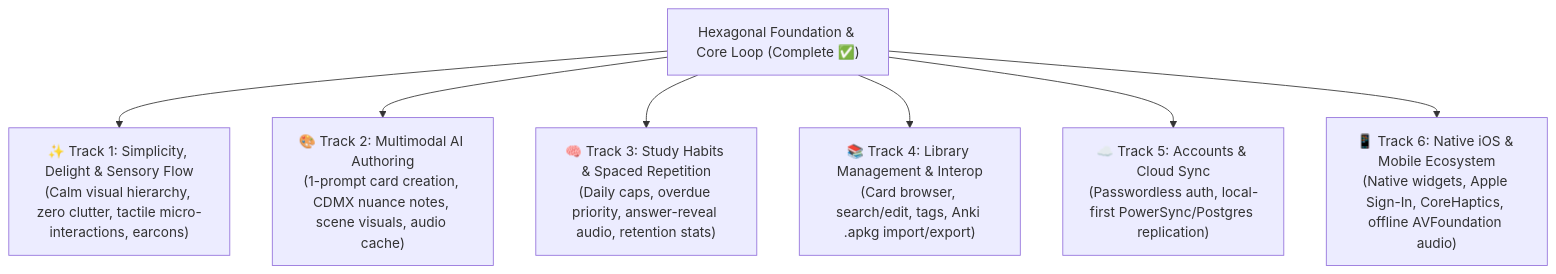
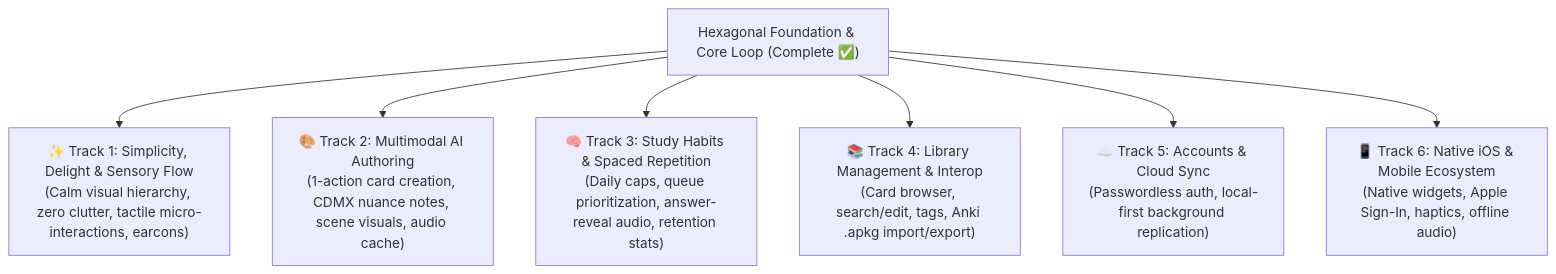
One commit to smolkaj/jolito changed the diagram in docs/ROADMAP.md. Above: the diagram before and after it, drawn with Mermaid. The commit also changed other lines of this file, not shown here.

Commit message:
Clarify roadmap interpretation and outcome-oriented goal framing

````diff
--- a/docs/ROADMAP.md
+++ b/docs/ROADMAP.md
@@ -7,11 +7,11 @@
 ```mermaid
 flowchart TD
     Foundation["Hexagonal Foundation & Core Loop (Complete ✅)"]
 
     Foundation --> Track1["✨ Track 1: Simplicity, Delight & Sensory Flow<br/>(Calm visual hierarchy, zero clutter, tactile micro-interactions, earcons)"]
-    Foundation --> Track2["🎨 Track 2: Multimodal AI Authoring<br/>(1-prompt card creation, CDMX nuance notes, scene visuals, audio cache)"]
-    Foundation --> Track3["🧠 Track 3: Study Habits & Spaced Repetition<br/>(Daily caps, overdue priority, answer-reveal audio, retention stats)"]
+    Foundation --> Track2["🎨 Track 2: Multimodal AI Authoring<br/>(1-action card creation, CDMX nuance notes, scene visuals, audio cache)"]
+    Foundation --> Track3["🧠 Track 3: Study Habits & Spaced Repetition<br/>(Daily caps, queue prioritization, answer-reveal audio, retention stats)"]
     Foundation --> Track4["📚 Track 4: Library Management & Interop<br/>(Card browser, search/edit, tags, Anki .apkg import/export)"]
-    Foundation --> Track5["☁️ Track 5: Accounts & Cloud Sync<br/>(Passwordless auth, local-first PowerSync/Postgres replication)"]
-    Foundation --> Track6["📱 Track 6: Native iOS & Mobile Ecosystem<br/>(Native widgets, Apple Sign-In, CoreHaptics, offline AVFoundation audio)"]
+    Foundation --> Track5["☁️ Track 5: Accounts & Cloud Sync<br/>(Passwordless auth, local-first background replication)"]
+    Foundation --> Track6["📱 Track 6: Native iOS & Mobile Ecosystem<br/>(Native widgets, Apple Sign-In, haptics, offline audio)"]
 ```
````
